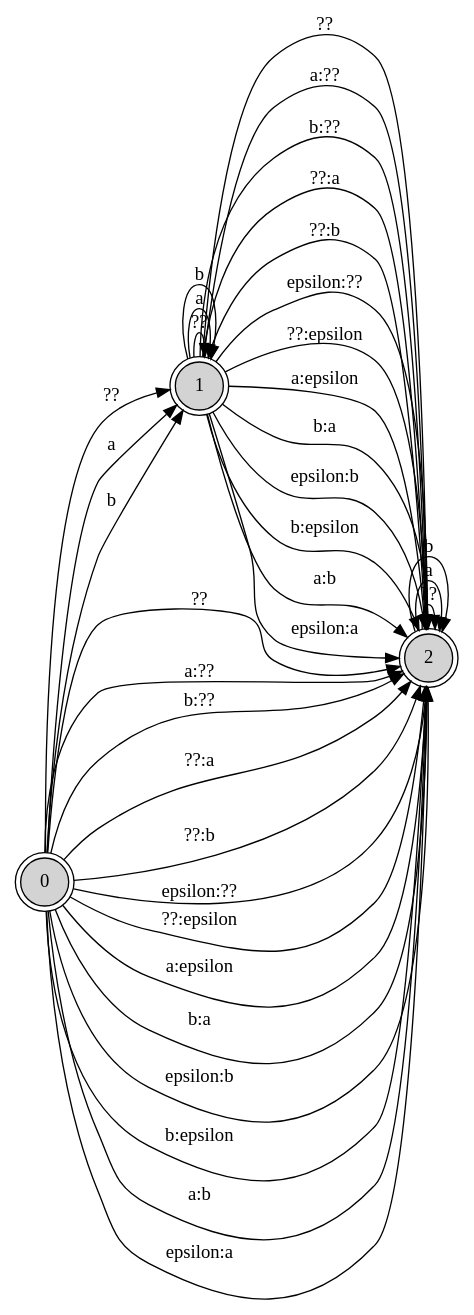
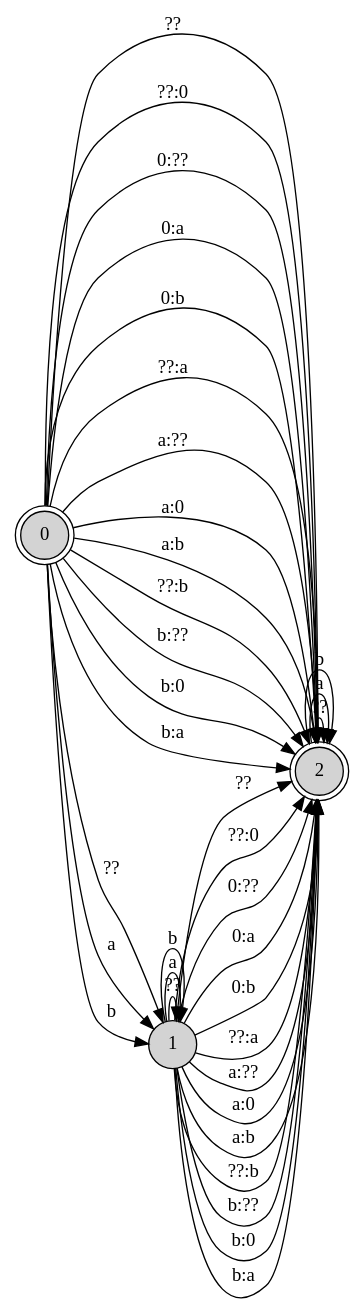
Before and after one commit to eaxelson/hfst-import-test5: the diagram in articles/fsmnlp-2012-spellers/errm-ed1.dot, drawn with Graphviz. The commit also changed 13 other files, not shown here.

```diff
--- a/articles/fsmnlp-2012-spellers/errm-ed1.dot
+++ b/articles/fsmnlp-2012-spellers/errm-ed1.dot
@@ -1,42 +1,42 @@
 // This graph generated with hfst-fst2txt blah
 digraph H {
 rankdir = LR;
 node [shape=doublecircle,style=filled] 0
+node [shape=doublecircle,style=filled] 2
+node [shape=circle,style=filled] 1
 0 -> 1 [label="?? "];
 0 -> 1 [label="a "];
 0 -> 1 [label="b "];
 0 -> 2 [label="?? "];
+0 -> 2 [label="??:0 "];
+0 -> 2 [label="0:?? "];
+0 -> 2 [label="0:a "];
+0 -> 2 [label="0:b "];
+0 -> 2 [label="??:a "];
 0 -> 2 [label="a:?? "];
+0 -> 2 [label="a:0 "];
+0 -> 2 [label="a:b "];
+0 -> 2 [label="??:b "];
 0 -> 2 [label="b:?? "];
-0 -> 2 [label="??:a "];
-0 -> 2 [label="??:b "];
-0 -> 2 [label="\epsilon:?? "];
-0 -> 2 [label="??:\epsilon "];
-0 -> 2 [label="a:\epsilon "];
+0 -> 2 [label="b:0 "];
 0 -> 2 [label="b:a "];
-0 -> 2 [label="\epsilon:b "];
-0 -> 2 [label="b:\epsilon "];
-0 -> 2 [label="a:b "];
-0 -> 2 [label="\epsilon:a "];
-node [style=filled] 1
 1 -> 1 [label="?? "];
 1 -> 1 [label="a "];
 1 -> 1 [label="b "];
 1 -> 2 [label="?? "];
+1 -> 2 [label="??:0 "];
+1 -> 2 [label="0:?? "];
+1 -> 2 [label="0:a "];
+1 -> 2 [label="0:b "];
+1 -> 2 [label="??:a "];
 1 -> 2 [label="a:?? "];
+1 -> 2 [label="a:0 "];
+1 -> 2 [label="a:b "];
+1 -> 2 [label="??:b "];
 1 -> 2 [label="b:?? "];
-1 -> 2 [label="??:a "];
-1 -> 2 [label="??:b "];
-1 -> 2 [label="\epsilon:?? "];
-1 -> 2 [label="??:\epsilon "];
-1 -> 2 [label="a:\epsilon "];
+1 -> 2 [label="b:0 "];
 1 -> 2 [label="b:a "];
-1 -> 2 [label="\epsilon:b "];
-1 -> 2 [label="b:\epsilon "];
-1 -> 2 [label="a:b "];
-1 -> 2 [label="\epsilon:a "];
-node [shape=doublecircle,style=filled] 2
 2 -> 2 [label="?? "];
 2 -> 2 [label="a "];
 2 -> 2 [label="b "];
 }
```
